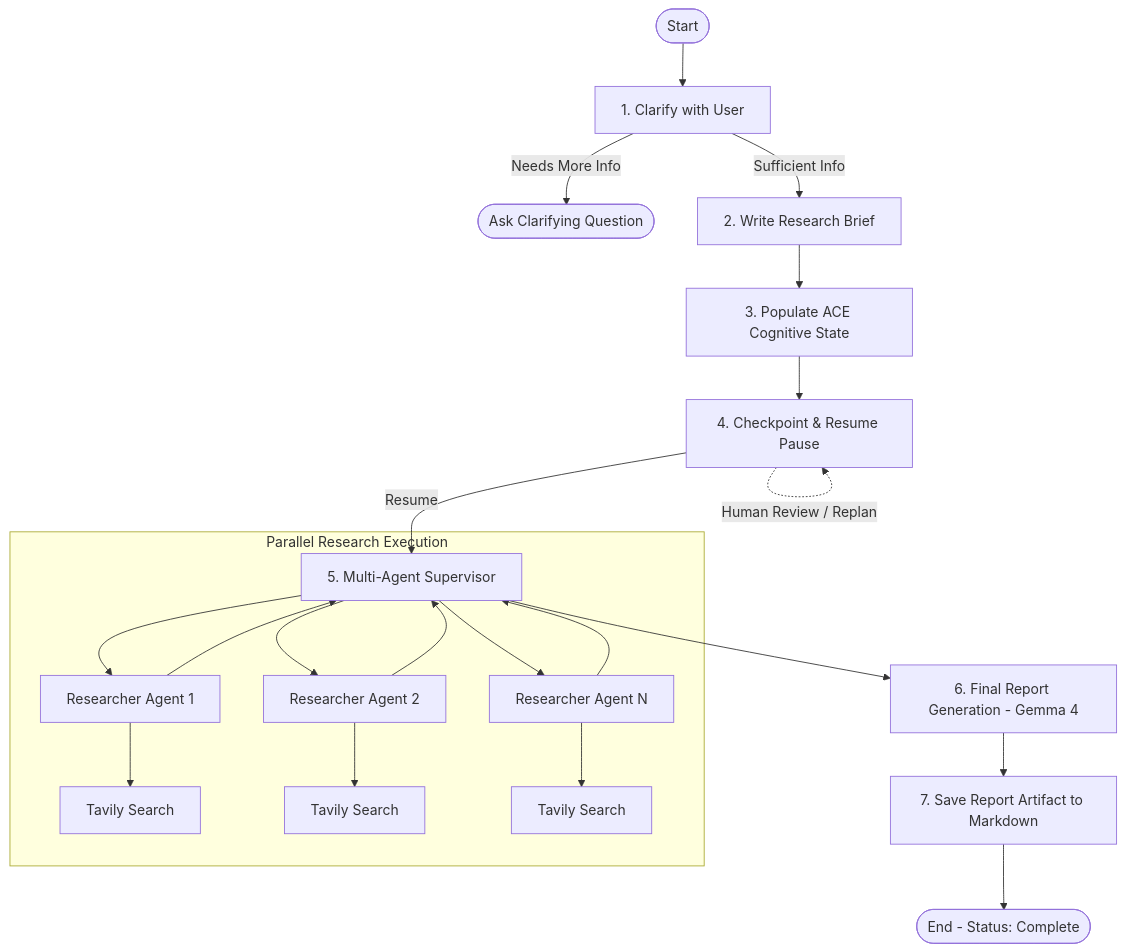
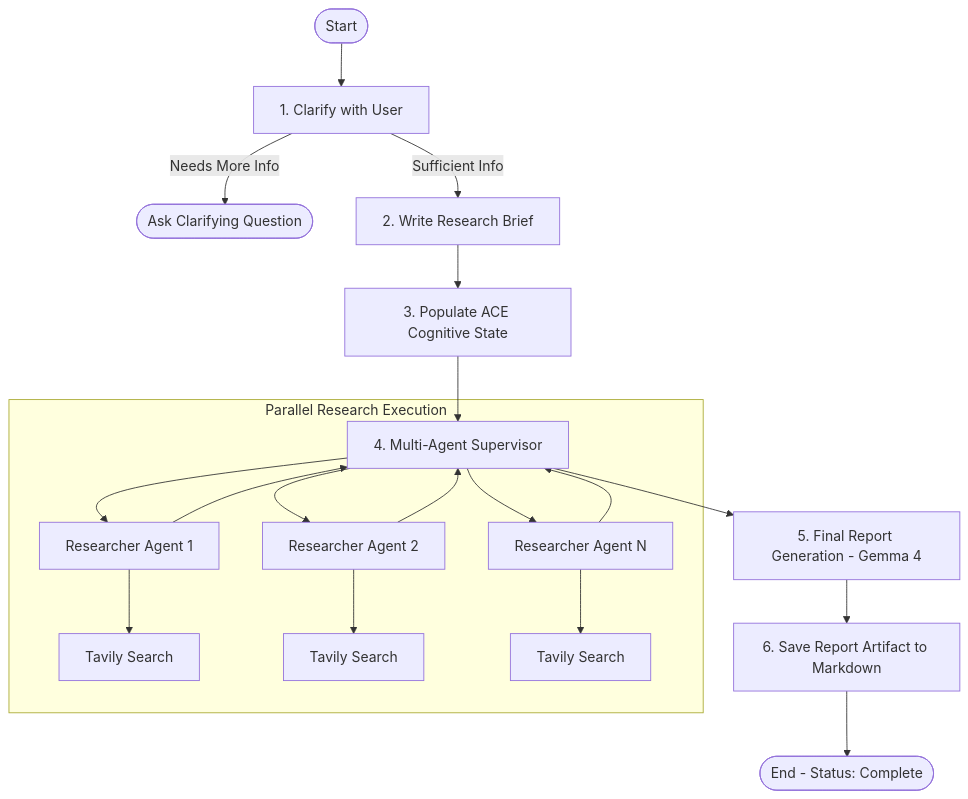
The diagram in README.md (rohan-kapadi/Autonomous-Cognitive-Engine-for-Deep-Research-and-Long-Horizon-Tasks), drawn with Mermaid before and after one commit. The commit also changed other lines of this file and 7 other files, not shown here.

````diff
--- a/README.md
+++ b/README.md
@@ -43,25 +39,22 @@
 ```mermaid
 flowchart TD
     START([Start]) --> clarify[1. Clarify with User]
     clarify -->|Needs More Info| END_CLARIFY([Ask Clarifying Question])
     clarify -->|Sufficient Info| brief[2. Write Research Brief]
     brief --> cog_init[3. Populate ACE Cognitive State]
-    cog_init --> pause[4. Checkpoint & Resume Pause]
-    
-    pause -.->|Human Review / Replan| pause
-    pause -->|Resume| supervisor[5. Multi-Agent Supervisor]
+    cog_init --> supervisor[4. Multi-Agent Supervisor]
     
     subgraph Parallel Research Execution
         supervisor --> worker1[Researcher Agent 1]
         supervisor --> worker2[Researcher Agent 2]
         supervisor --> workerN[Researcher Agent N]
         worker1 --> tavily1[Tavily Search]
         worker2 --> tavily2[Tavily Search]
         workerN --> tavily3[Tavily Search]
     end
     
     worker1 & worker2 & workerN --> supervisor
-    supervisor --> report[6. Final Report Generation - Gemma 4]
-    report --> save[7. Save Report Artifact to Markdown]
+    supervisor --> report[5. Final Report Generation - Gemma 4]
+    report --> save[6. Save Report Artifact to Markdown]
     save --> FINISH([End - Status: Complete])
 ```
````
